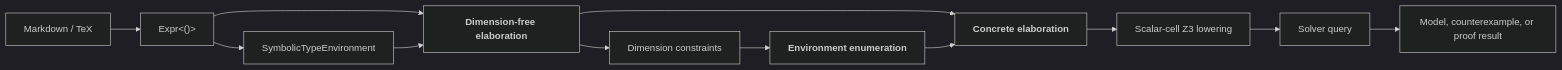
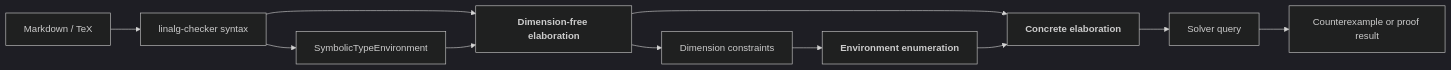
One commit to petervdonovan/10-2-26-presentation changed the diagram in slides.md. Above: the diagram before and after it, drawn with Mermaid (dark theme). The commit also changed other lines of this file, not shown here.

````diff
--- a/slides.md
+++ b/slides.md
@@ -509,14 +509,13 @@
 ```mermaid
 flowchart LR
-    MD[Markdown / TeX] --> AST["Expr&lt;()&gt;"]
+    MD[Markdown / TeX] --> AST[linalg-checker syntax]
     AST --> STE[SymbolicTypeEnvironment]
     AST --> PREP["<b>Dimension-free elaboration</b>"]
     STE --> PREP
     PREP --> DIM[Dimension constraints]
     DIM --> ENV["<b>Environment enumeration</b>"]
     PREP --> ELAB["<b>Concrete elaboration</b>"]
     ENV --> ELAB
-    ELAB --> Z3[Scalar-cell Z3 lowering]
-    Z3 --> SOLVE[Solver query]
-    SOLVE --> RESULT[Model, counterexample, or proof result]
+    ELAB --> SOLVE[Solver query]
+    SOLVE --> RESULT[Counterexample or proof result]
 ```
````
